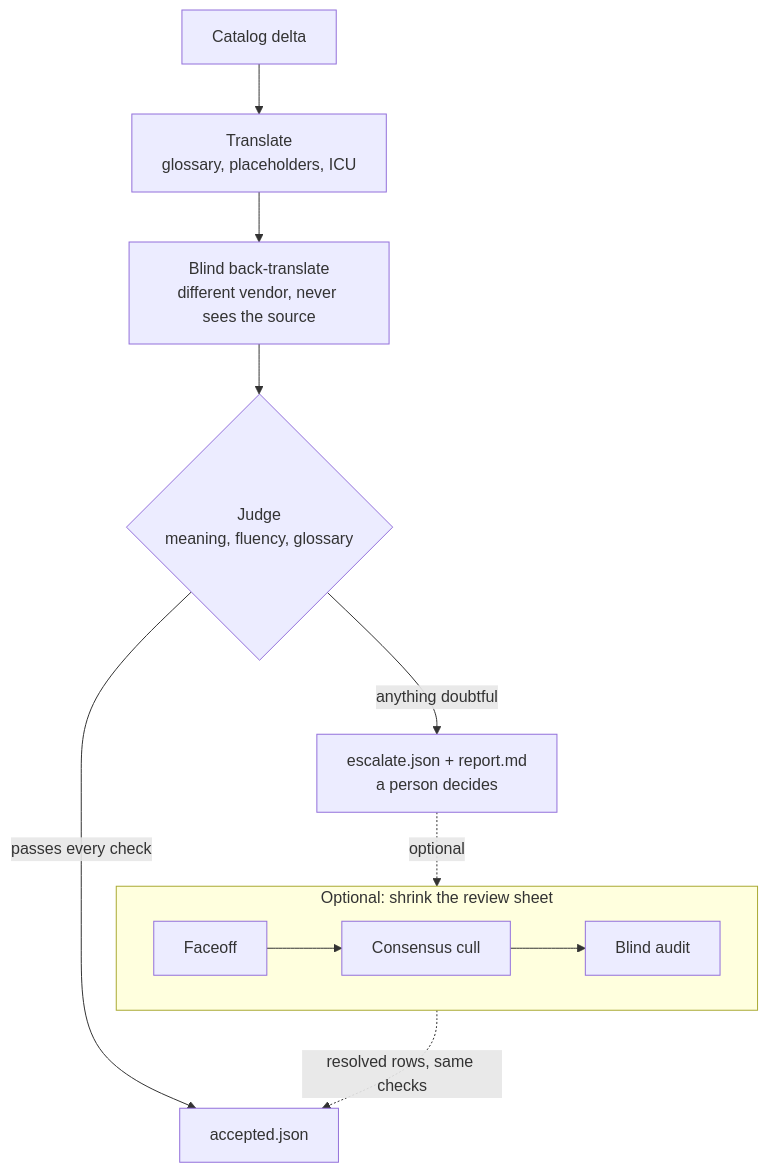
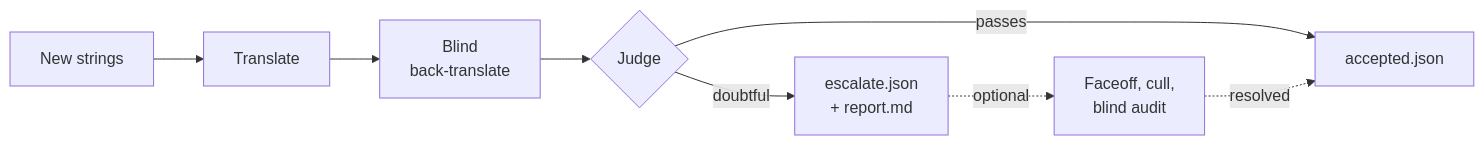
The diagram in README.md (WildConstruct/localization-council), drawn with Mermaid before and after one commit. The commit also changed other lines of this file, not shown here.

Commit message:
docs: compact pipeline diagram

````diff
--- a/README.md
+++ b/README.md
@@ -29,14 +29,8 @@
 ```mermaid
-flowchart TD
-    A[Catalog delta] --> B[Translate<br/>glossary, placeholders, ICU]
-    B --> C[Blind back-translate<br/>different vendor, never sees the source]
-    C --> D{Judge<br/>meaning, fluency, glossary}
-    D -->|passes every check| E[accepted.json]
-    D -->|anything doubtful| F[escalate.json + report.md<br/>a person decides]
-    F -. optional .-> G
-    subgraph opt [Optional: shrink the review sheet]
-        direction LR
-        G[Faceoff] --> H[Consensus cull] --> I[Blind audit]
-    end
-    opt -. resolved rows, same checks .-> E
+flowchart LR
+    A[New strings] --> B[Translate] --> C[Blind<br/>back-translate] --> D{Judge}
+    D -->|passes| E[accepted.json]
+    D -->|doubtful| F[escalate.json<br/>+ report.md]
+    F -.->|optional| G[Faceoff, cull,<br/>blind audit]
+    G -.->|resolved| E
 ```
````
